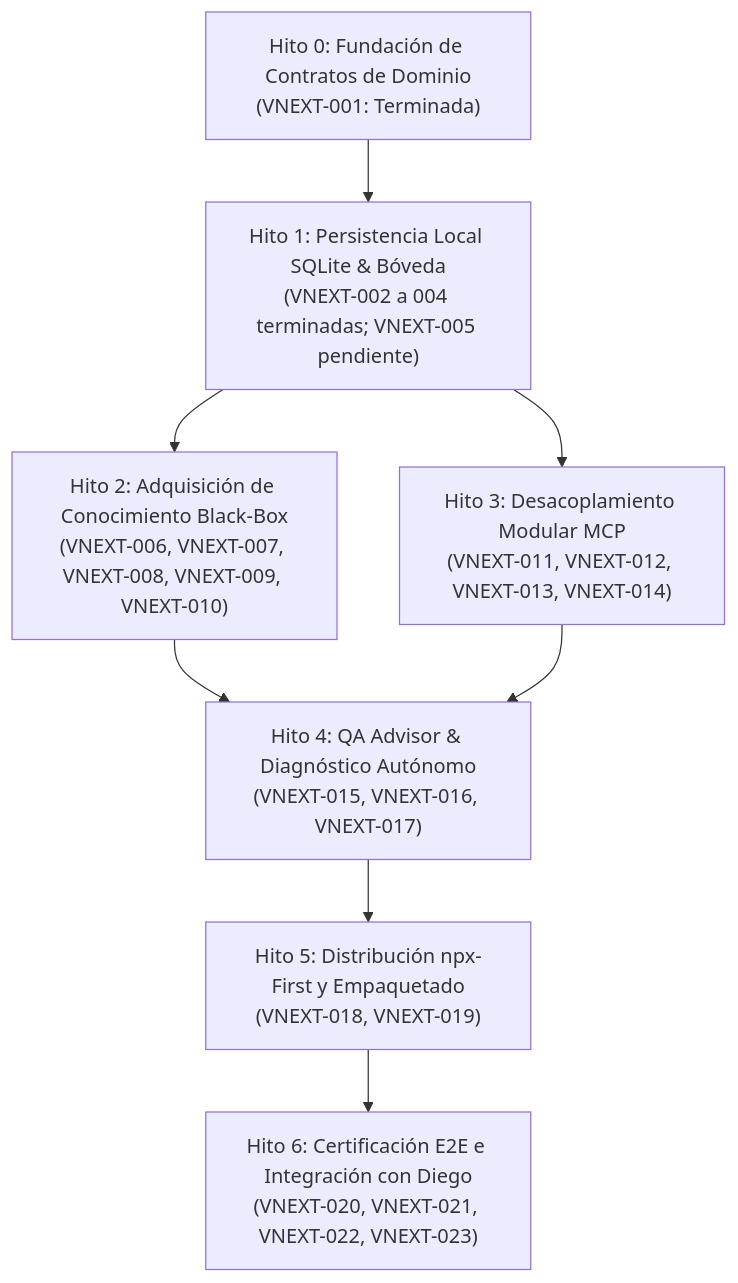
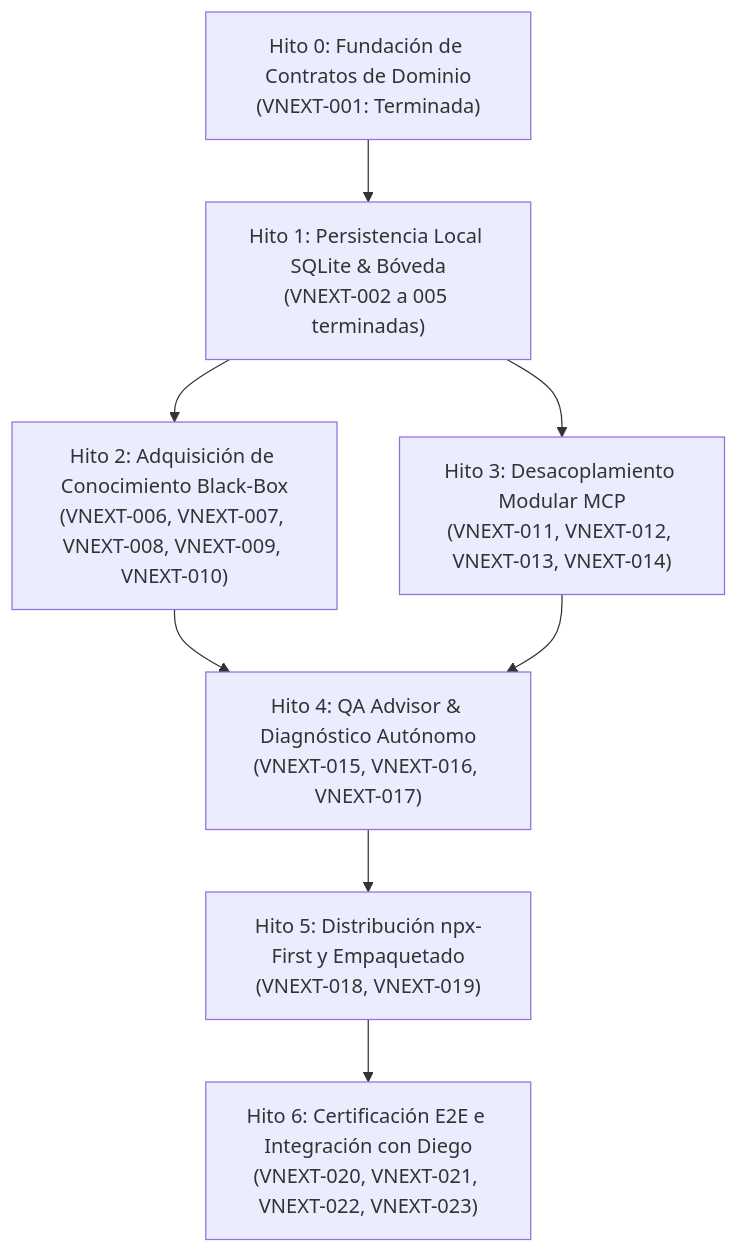
The diagram in docs/vnext/04_BACKLOG_Y_WBS_PRELIMINAR.md (Hyouka73/QAMCP), drawn with Mermaid before and after one commit. The commit also changed other lines of this file and 4 other files, not shown here.

````diff
--- a/docs/vnext/04_BACKLOG_Y_WBS_PRELIMINAR.md
+++ b/docs/vnext/04_BACKLOG_Y_WBS_PRELIMINAR.md
@@ -19,10 +19,10 @@
 ```mermaid
 flowchart TD
-    H0["Hito 0: Fundación de Contratos de Dominio<br/>(VNEXT-001: Terminada)"] --> H1["Hito 1: Persistencia Local SQLite & Bóveda<br/>(VNEXT-002 a 004 terminadas; VNEXT-005 pendiente)"]
+    H0["Hito 0: Fundación de Contratos de Dominio<br/>(VNEXT-001: Terminada)"] --> H1["Hito 1: Persistencia Local SQLite & Bóveda<br/>(VNEXT-002 a 005 terminadas)"]
     H1 --> H2["Hito 2: Adquisición de Conocimiento Black-Box<br/>(VNEXT-006, VNEXT-007, VNEXT-008, VNEXT-009, VNEXT-010)"]
     H1 --> H3["Hito 3: Desacoplamiento Modular MCP<br/>(VNEXT-011, VNEXT-012, VNEXT-013, VNEXT-014)"]
     H2 --> H4["Hito 4: QA Advisor & Diagnóstico Autónomo<br/>(VNEXT-015, VNEXT-016, VNEXT-017)"]
     H3 --> H4
     H4 --> H5["Hito 5: Distribución npx-First y Empaquetado<br/>(VNEXT-018, VNEXT-019)"]
     H5 --> H6["Hito 6: Certificación E2E e Integración con Diego<br/>(VNEXT-020, VNEXT-021, VNEXT-022, VNEXT-023)"]
 ```
````
